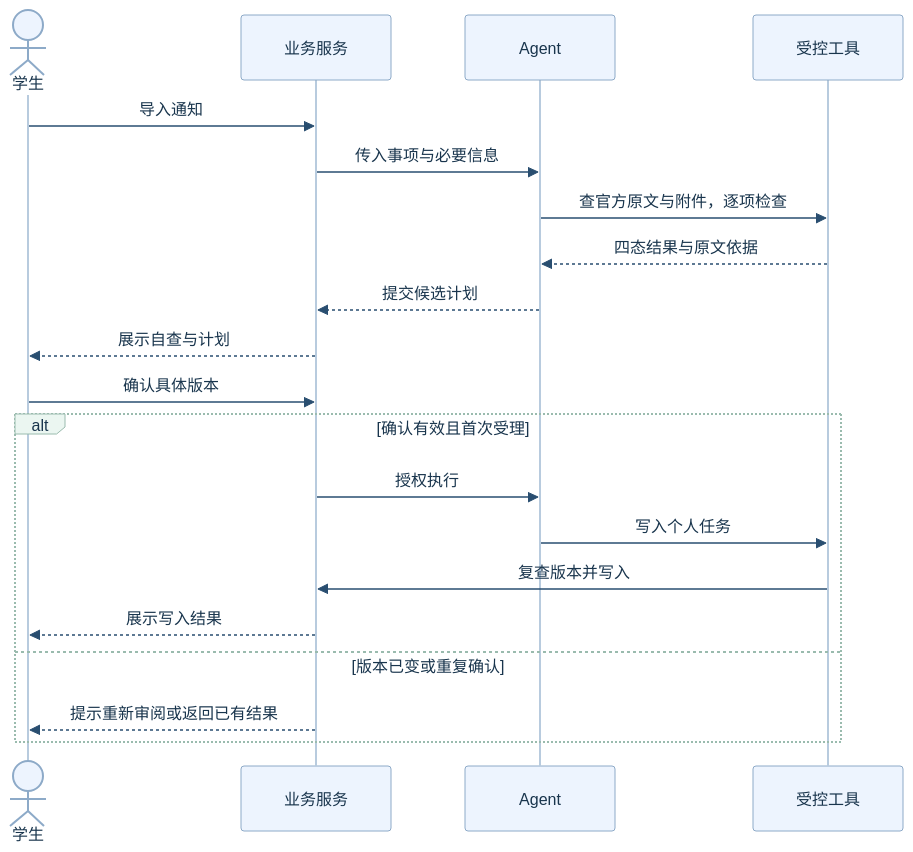
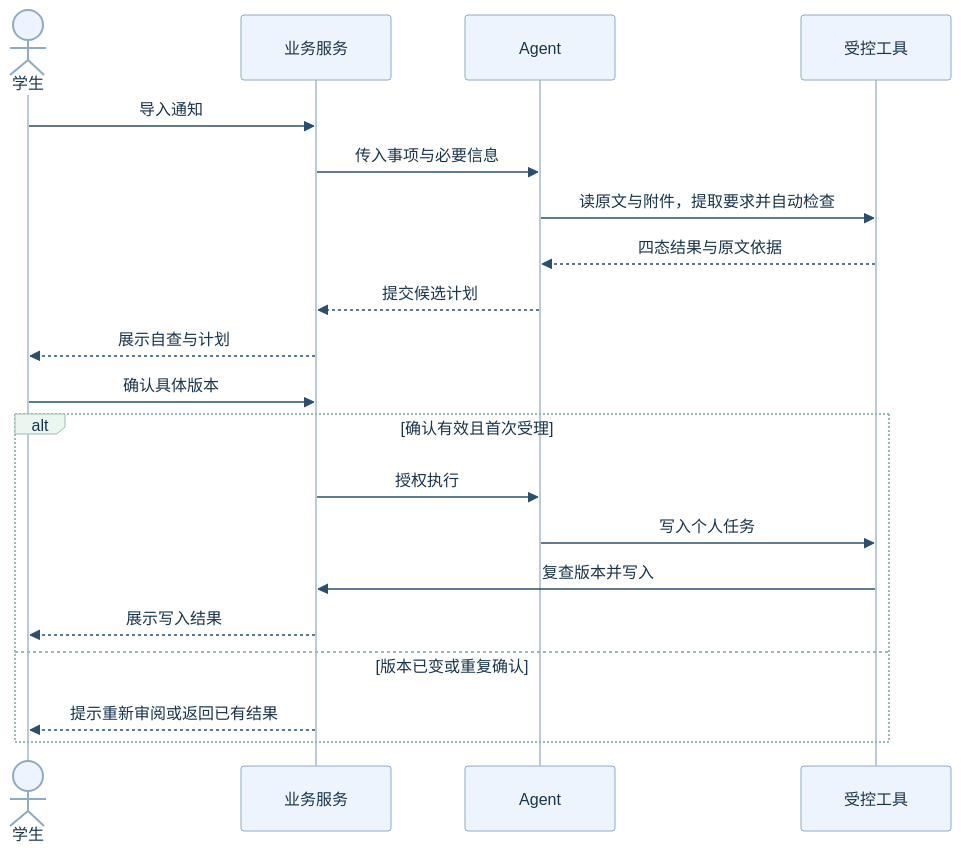
One commit to LotteryCamp/OfferPilot changed the diagram in docs/agent/diagrams/03_计划确认时序.mmd. Above: the diagram before and after it, drawn with Mermaid. The commit also changed 8 other files, not shown here.

```diff
--- a/docs/agent/diagrams/03_计划确认时序.mmd
+++ b/docs/agent/diagrams/03_计划确认时序.mmd
@@ -1,59 +1,59 @@
 ---
 config:
   theme: base
   themeCSS: 'text.messageText { paint-order: stroke; stroke: white; stroke-width: 5px; stroke-linejoin: round; }'
   themeVariables:
     fontFamily: "Microsoft YaHei, sans-serif"
     fontSize: "21px"
     primaryColor: "#EDF4FE"
     primaryBorderColor: "#83A0C1"
     primaryTextColor: "#19354D"
     secondaryColor: "#EBF6F1"
     tertiaryColor: "#F5F8FC"
     lineColor: "#55708D"
     edgeLabelBackground: "#FFFFFF"
     clusterBkg: "#F4F8FC"
     clusterBorder: "#B3C8DC"
     actorBkg: "#EDF4FE"
     actorBorder: "#8DAAC8"
     actorTextColor: "#19354D"
     actorLineColor: "#B8CBDE"
     signalColor: "#294E70"
     signalTextColor: "#19354D"
     labelBoxBkgColor: "#EBF6F1"
     labelBoxBorderColor: "#9ABBAE"
     loopTextColor: "#19354D"
     actorFontSize: "20px"
     messageFontSize: "19px"
     sequenceNumberColor: "#FFFFFF"
   flowchart:
     curve: linear
     wrappingWidth: 300
     nodeSpacing: 45
     rankSpacing: 52
   sequence:
     mirrorActors: true
     actorMargin: 60
     messageMargin: 25
     boxMargin: 12
 ---
 sequenceDiagram
     actor U as 学生
     participant B as 业务服务
     participant A as Agent
     participant T as 受控工具
     U->>B: 导入通知
     B->>A: 传入事项与必要信息
-    A->>T: 查官方原文与附件，逐项检查
+    A->>T: 读原文与附件，提取要求并自动检查
     T-->>A: 四态结果与原文依据
     A-->>B: 提交候选计划
     B-->>U: 展示自查与计划
     U->>B: 确认具体版本
     alt 确认有效且首次受理
         B->>A: 授权执行
         A->>T: 写入个人任务
         T->>B: 复查版本并写入
         B-->>U: 展示写入结果
     else 版本已变或重复确认
         B-->>U: 提示重新审阅或返回已有结果
     end
```
